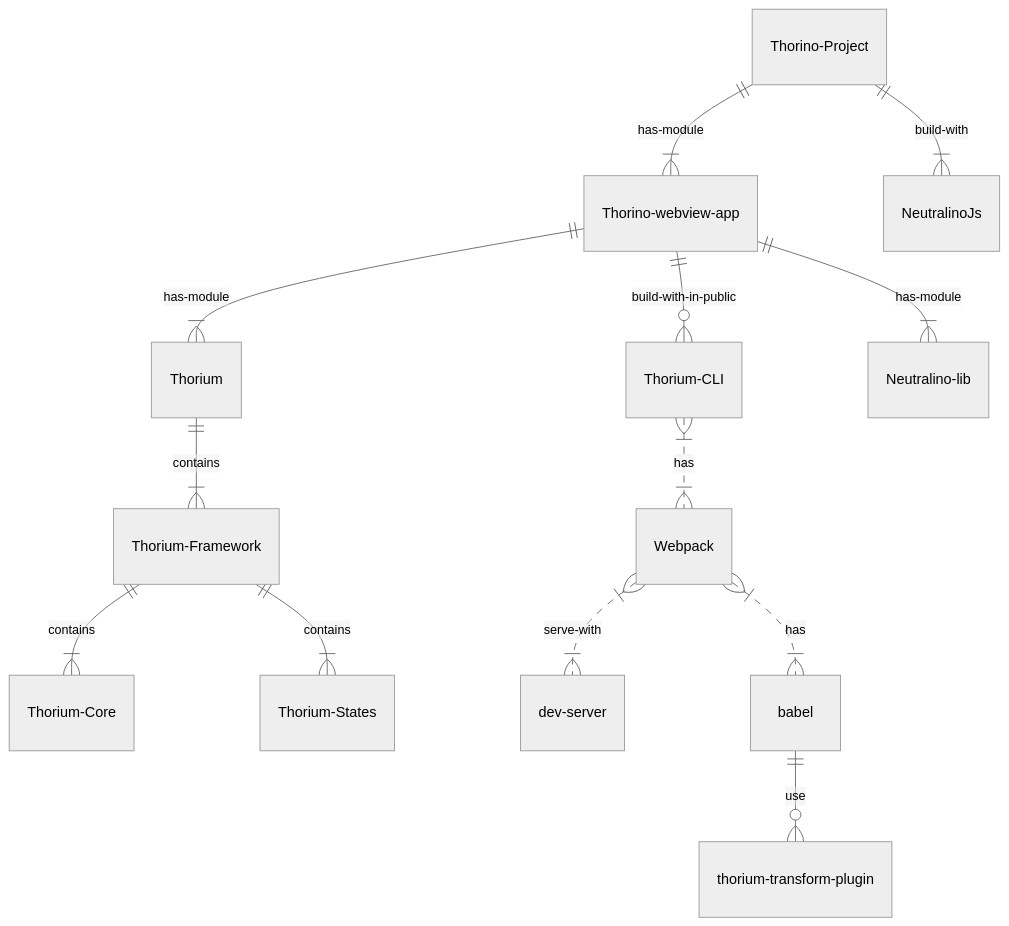
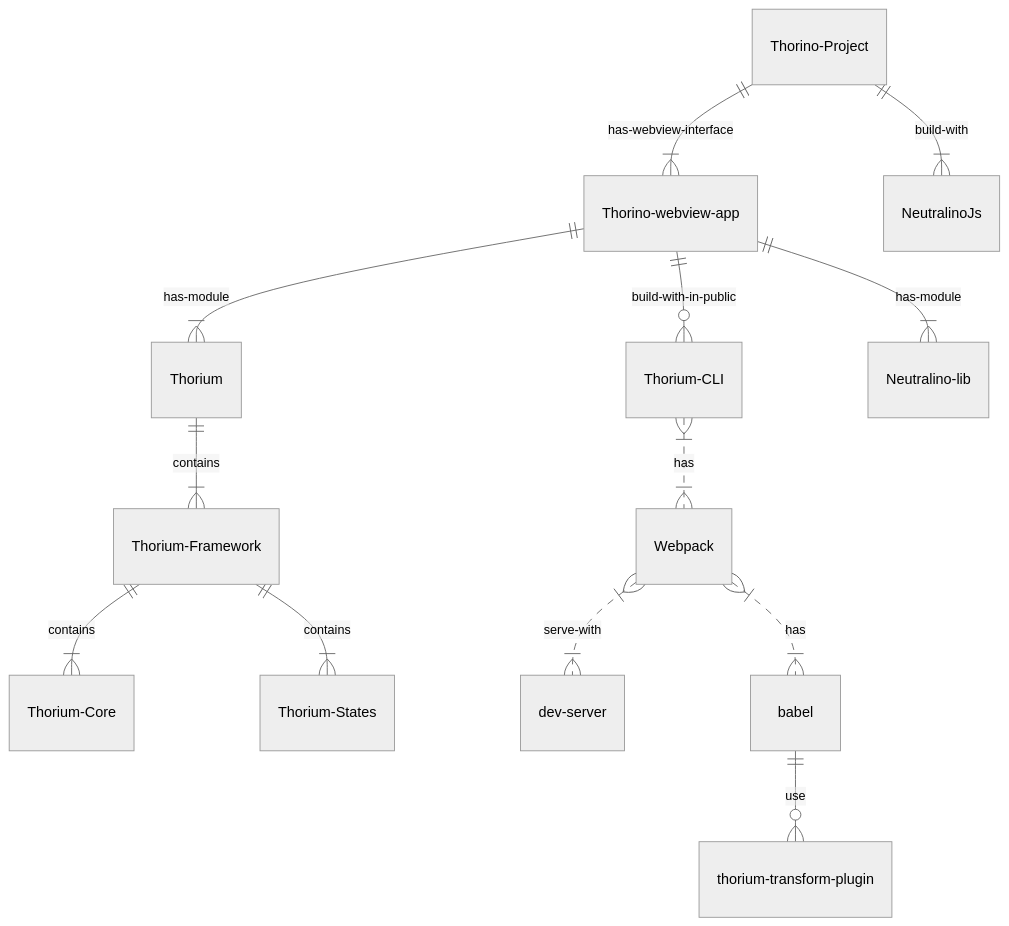
One commit to Odyssee-Software/thorino-starter changed the diagram in README.md. Above: the diagram before and after it, drawn with Mermaid (neutral theme).

Commit message:
update diagram

````diff
--- a/README.md
+++ b/README.md
@@ -48,18 +48,18 @@
 ```mermaid
 erDiagram
     Thorium ||--|{ Thorium-Framework : contains
     Thorium-Framework ||--|{ Thorium-Core : contains
     Thorium-Framework ||--|{ Thorium-States : contains
 
     Thorium-CLI }|..|{ Webpack : has
     Webpack }|..|{ dev-server : serve-with
     Webpack }|..|{ babel : has
     babel ||--o{ thorium-transform-plugin : use
 
     Thorino-webview-app ||--|{ Thorium : has-module
     Thorino-webview-app ||--|{ Neutralino-lib : has-module
     Thorino-webview-app ||--o{ Thorium-CLI : build-with-in-public
 
-    Thorino-Project ||--|{ Thorino-webview-app : has-module
+    Thorino-Project ||--|{ Thorino-webview-app : has-webview-interface
     Thorino-Project ||--|{ NeutralinoJs : build-with
 ```
````
